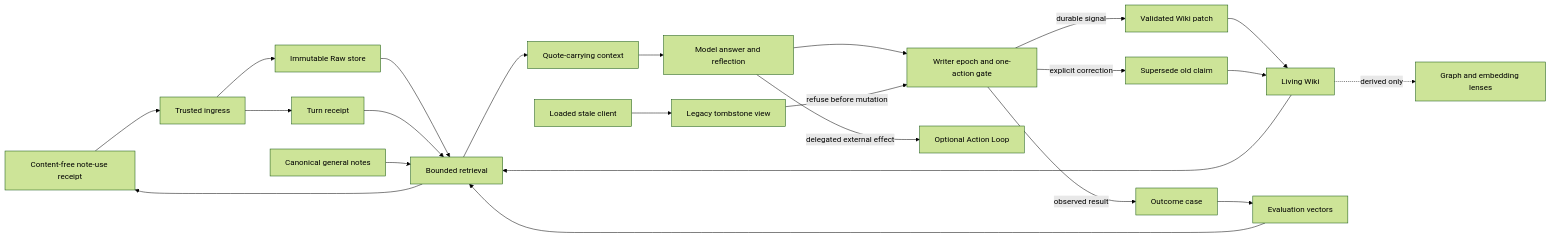
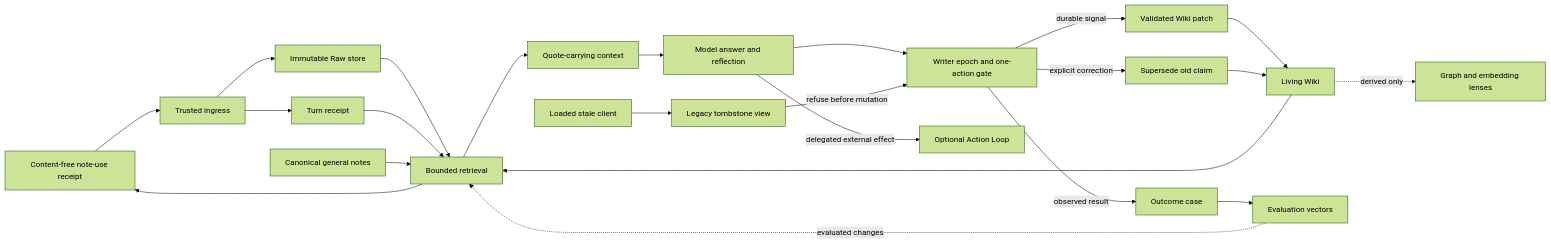
Before and after one commit to ezboom1111/leevault-architecture: the diagram in ARCHITECTURE.md, drawn with Mermaid (forest theme). The commit also changed other lines of this file and 9 other files, not shown here.

````diff
--- a/ARCHITECTURE.md
+++ b/ARCHITECTURE.md
@@ -13,25 +13,25 @@
 ```mermaid
 flowchart LR
     U[User conversation] --> I[Trusted ingress]
     I --> R[Immutable Raw store]
     I --> T[Turn receipt]
     R --> Q[Bounded retrieval]
     T --> Q
     W[Living Wiki] --> Q
     N[Canonical general notes] --> Q
     Q --> C[Quote-carrying context]
     Q --> U[Content-free note-use receipt]
     C --> M[Model answer and reflection]
     M --> Z[Writer epoch and one-action gate]
     Z -->|durable signal| P[Validated Wiki patch]
     Z -->|explicit correction| X[Supersede old claim]
     Z -->|observed result| O[Outcome case]
     S[Loaded stale client] --> V[Legacy tombstone view]
     V -->|refuse before mutation| Z
     P --> W
     X --> W
     O --> E[Evaluation vectors]
-    E --> Q
+    E -. evaluated changes .-> Q
     W -. derived only .-> G[Graph and embedding lenses]
     M -->|delegated external effect| A[Optional Action Loop]
 ```
````
